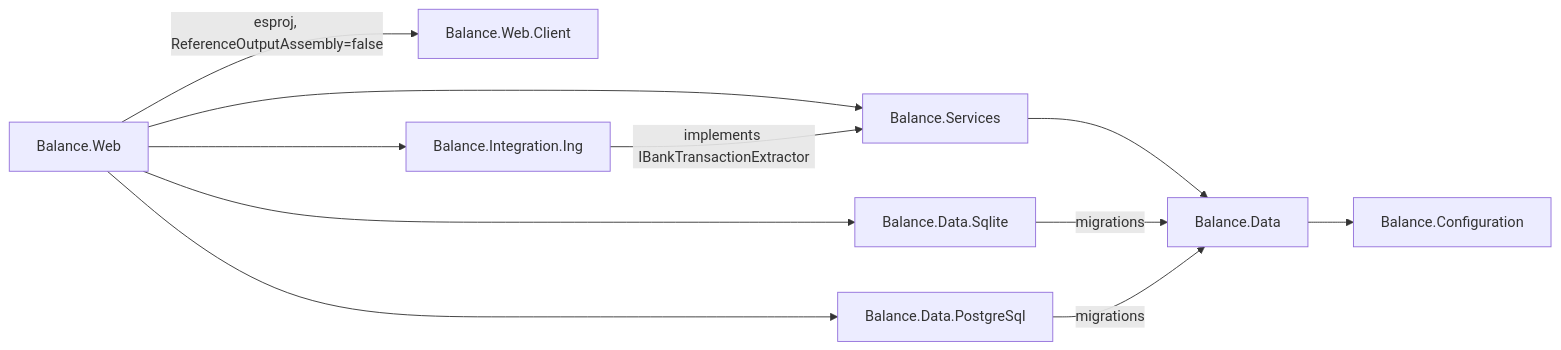
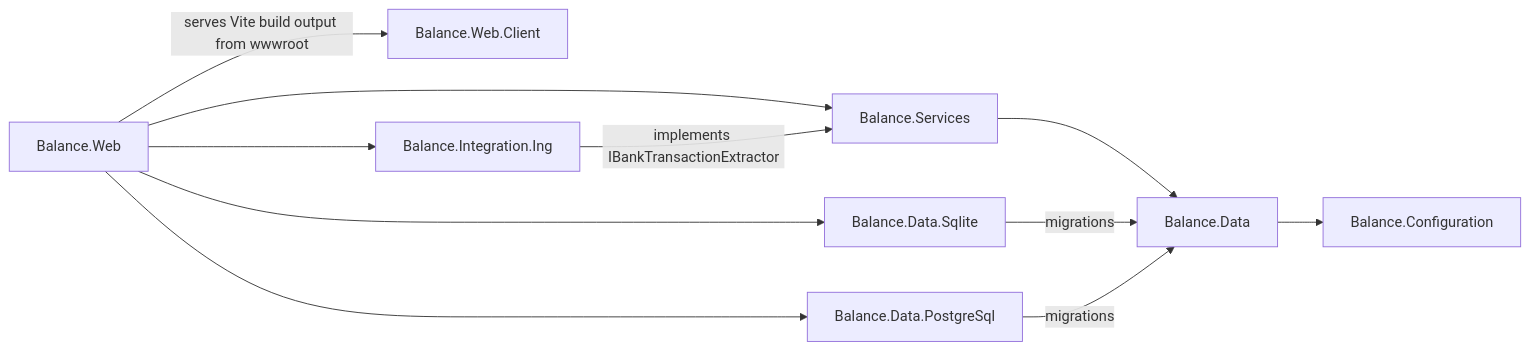
One commit to balance-budget/balance-budget changed the diagram in CLAUDE.md. Above: the diagram before and after it, drawn with Mermaid. The commit also changed other lines of this file and 39 other files, not shown here.

````diff
--- a/CLAUDE.md
+++ b/CLAUDE.md
@@ -62,24 +68,24 @@
 ```mermaid
 graph LR
     Web[Balance.Web]
     Client[Balance.Web.Client]
     Services[Balance.Services]
     Data[Balance.Data]
     Configuration[Balance.Configuration]
     Sqlite[Balance.Data.Sqlite]
     Postgres[Balance.Data.PostgreSql]
     IntegrationIng[Balance.Integration.Ing]
 
-    Web -->|esproj, ReferenceOutputAssembly=false| Client
+    Web -->|serves Vite build output from wwwroot| Client
     Web --> Services
     Services --> Data
     Data --> Configuration
 
     Web --> Sqlite
     Web --> Postgres
     Sqlite -->|migrations| Data
     Postgres -->|migrations| Data
 
     Web --> IntegrationIng
     IntegrationIng -->|implements IBankTransactionExtractor| Services
 ```
````
